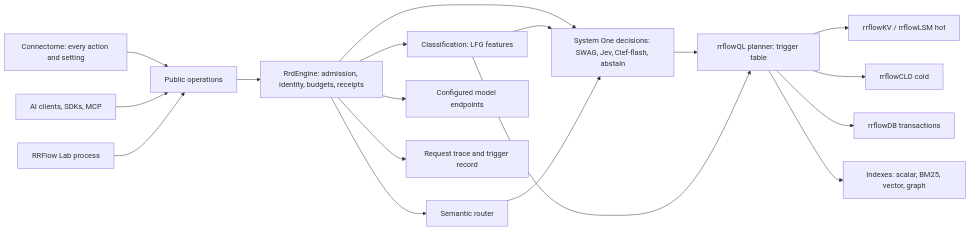
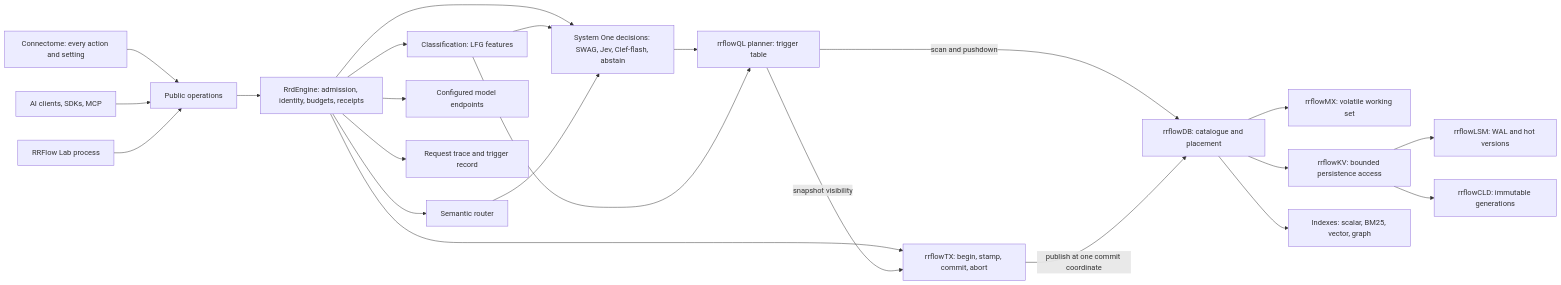
Before and after one commit to rrflow/rrflow-development: the diagram in docs/roadmap/kernel-contract.md, drawn with Mermaid. The commit also changed other lines of this file and 7 other files, not shown here.

````diff
--- a/docs/roadmap/kernel-contract.md
+++ b/docs/roadmap/kernel-contract.md
@@ -33,20 +33,25 @@
 ```mermaid
 flowchart LR
     UI[Connectome: every action and setting] --> Ops[Public operations]
     Agent[AI clients, SDKs, MCP] --> Ops
     Ops --> Engine[RrdEngine: admission, identity, budgets, receipts]
     Engine --> LFG[Classification: LFG features]
     Engine --> S1[System One decisions: SWAG, Jev, Clef-flash, abstain]
     Engine --> Router[Semantic router]
     LFG --> S1
     Router --> S1
     S1 --> Planner[rrflowQL planner: trigger table]
     LFG --> Planner
-    Planner --> KV[rrflowKV / rrflowLSM hot]
-    Planner --> CLD[rrflowCLD cold]
-    Planner --> DB[rrflowDB transactions]
-    Planner --> Paths[Indexes: scalar, BM25, vector, graph]
+    Engine --> TX[rrflowTX: begin, stamp, commit, abort]
+    Planner -->|snapshot visibility| TX
+    Planner -->|scan and pushdown| DB[rrflowDB: catalogue and placement]
+    TX -->|publish at one commit coordinate| DB
+    DB --> MX[rrflowMX: volatile working set]
+    DB --> KV[rrflowKV: bounded persistence access]
+    KV --> LSM[rrflowLSM: WAL and hot versions]
+    KV --> CLD[rrflowCLD: immutable generations]
+    DB --> Paths[Indexes: scalar, BM25, vector, graph]
     Engine --> Models[Configured model endpoints]
     Engine --> Trace[Request trace and trigger record]
     Lab[RRFlow Lab process] --> Ops
 ```
````
